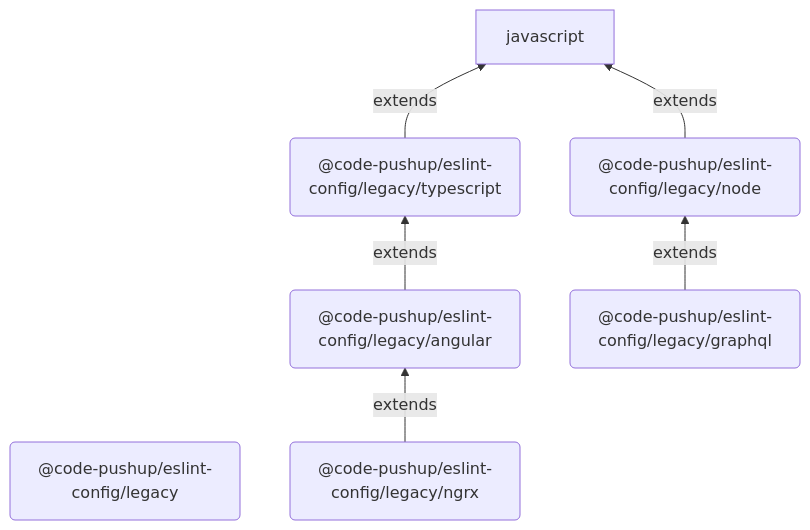
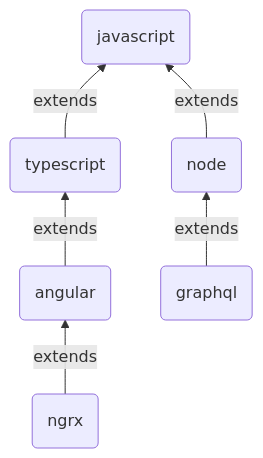
One commit to code-pushup/eslint-config changed the diagram in README.md. Above: the diagram before and after it, drawn with Mermaid. The commit also changed other lines of this file and 16 other files, not shown here.

````diff
--- a/README.md
+++ b/README.md
@@ -27,14 +27,14 @@
 ```mermaid
   graph BT;
-    index("@code-pushup/eslint-config/legacy")
-    typescript("@code-pushup/eslint-config/legacy/typescript")
-    node("@code-pushup/eslint-config/legacy/node")
-    angular("@code-pushup/eslint-config/legacy/angular")
-    ngrx("@code-pushup/eslint-config/legacy/ngrx")
-    graphql("@code-pushup/eslint-config/legacy/graphql")
+    javascript("javascript")
+    typescript("typescript")
+    node("node")
+    angular("angular")
+    ngrx("ngrx")
+    graphql("graphql")
     typescript --extends--> javascript
     node --extends--> javascript
     angular --extends--> typescript
     ngrx --extends--> angular
     graphql --extends--> node
 ```
````
